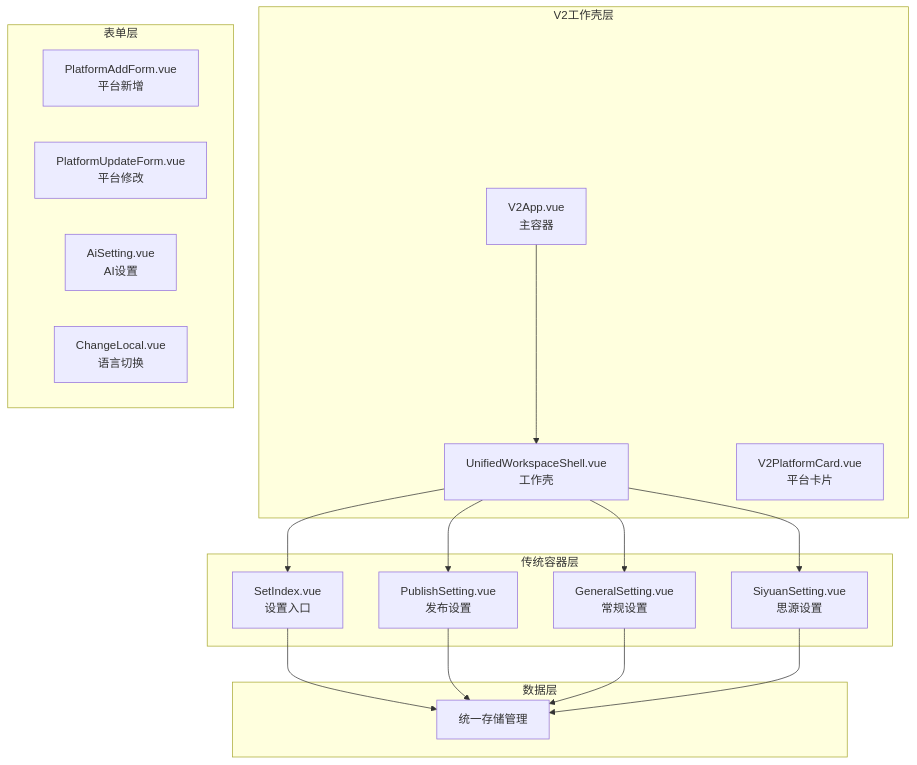
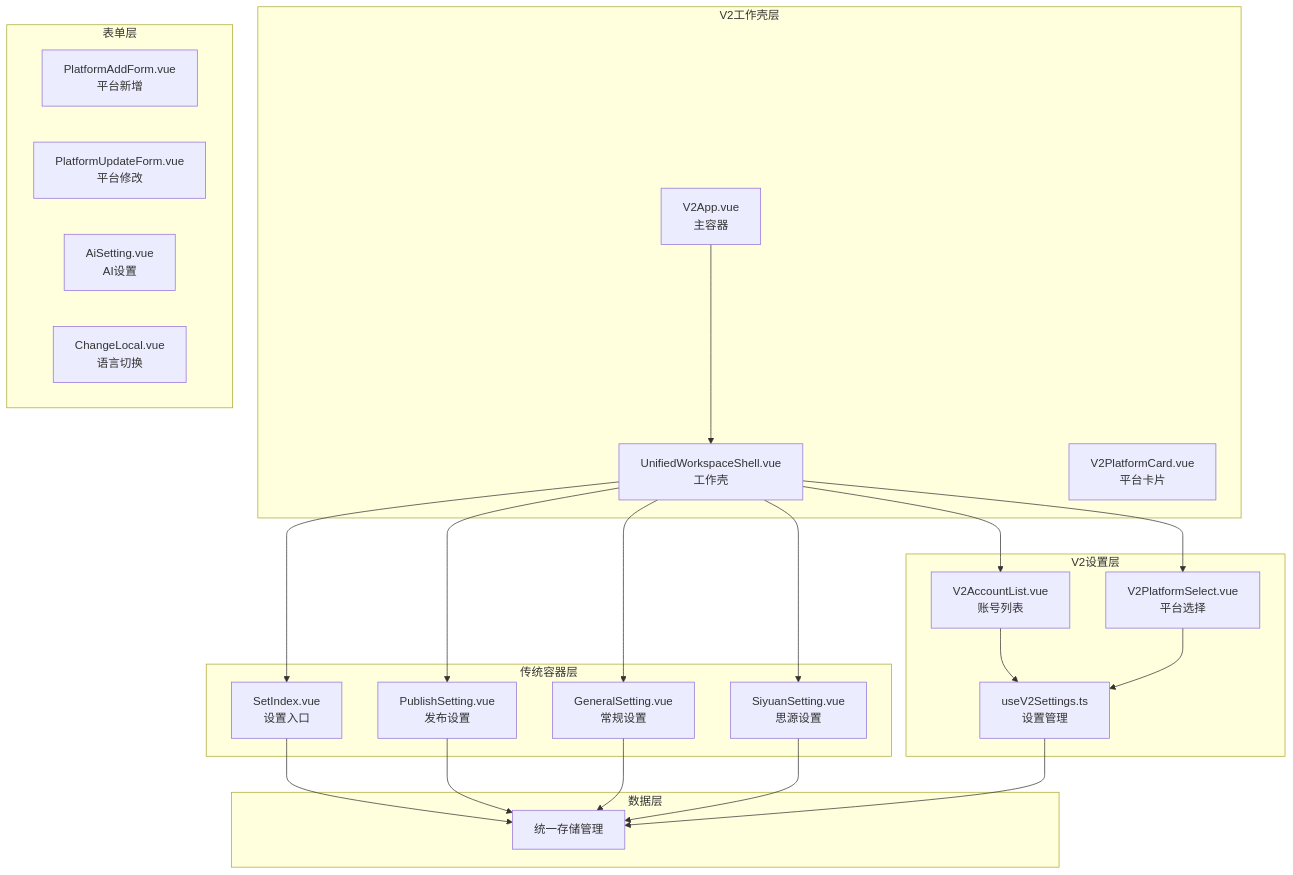
The sixth of 8 diagrams in .qoder/repowiki/zh/content/用户界面组件/设置组件/设置组件.md (terwer/siyuan-plugin-publisher), drawn with Mermaid before and after one commit. The commit also changed other lines of this file and 14 other files, not shown here.

````diff
--- a/.qoder/repowiki/zh/content/用户界面组件/设置组件/设置组件.md
+++ b/.qoder/repowiki/zh/content/用户界面组件/设置组件/设置组件.md
@@ -229,32 +285,42 @@
 ```mermaid
 graph TB
 subgraph "V2工作壳层"
 V2App["V2App.vue<br/>主容器"]
 UWS["UnifiedWorkspaceShell.vue<br/>工作壳"]
 VPC["V2PlatformCard.vue<br/>平台卡片"]
 end
 subgraph "传统容器层"
 SI["SetIndex.vue<br/>设置入口"]
 PS["PublishSetting.vue<br/>发布设置"]
 GS["GeneralSetting.vue<br/>常规设置"]
 SS["SiyuanSetting.vue<br/>思源设置"]
 end
+subgraph "V2设置层"
+VAL["V2AccountList.vue<br/>账号列表"]
+VPS["V2PlatformSelect.vue<br/>平台选择"]
+USV["useV2Settings.ts<br/>设置管理"]
+end
 subgraph "表单层"
 PAF["PlatformAddForm.vue<br/>平台新增"]
 PUF["PlatformUpdateForm.vue<br/>平台修改"]
 AIS["AiSetting.vue<br/>AI设置"]
 CLS["ChangeLocal.vue<br/>语言切换"]
 end
 subgraph "数据层"
 Store["统一存储管理"]
 end
 V2App --> UWS
+UWS --> VAL
+UWS --> VPS
 UWS --> SI
 UWS --> PS
 UWS --> GS
 UWS --> SS
 SI --> Store
 PS --> Store
 GS --> Store
 SS --> Store
+VAL --> USV
+VPS --> USV
+USV --> Store
 ```
````
